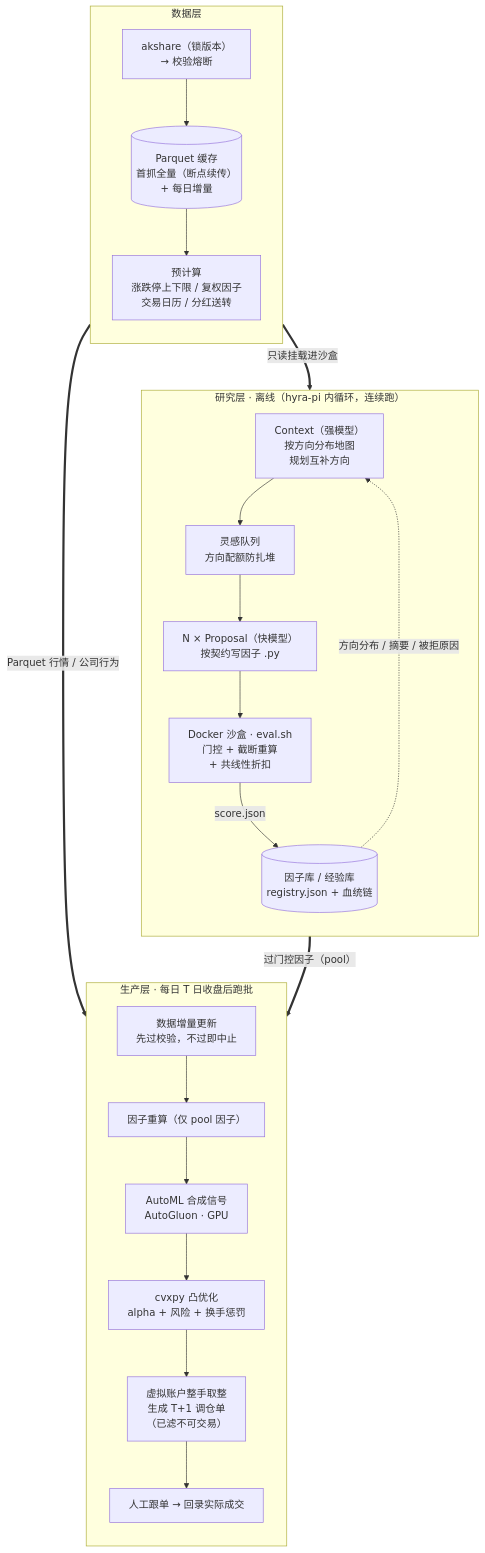
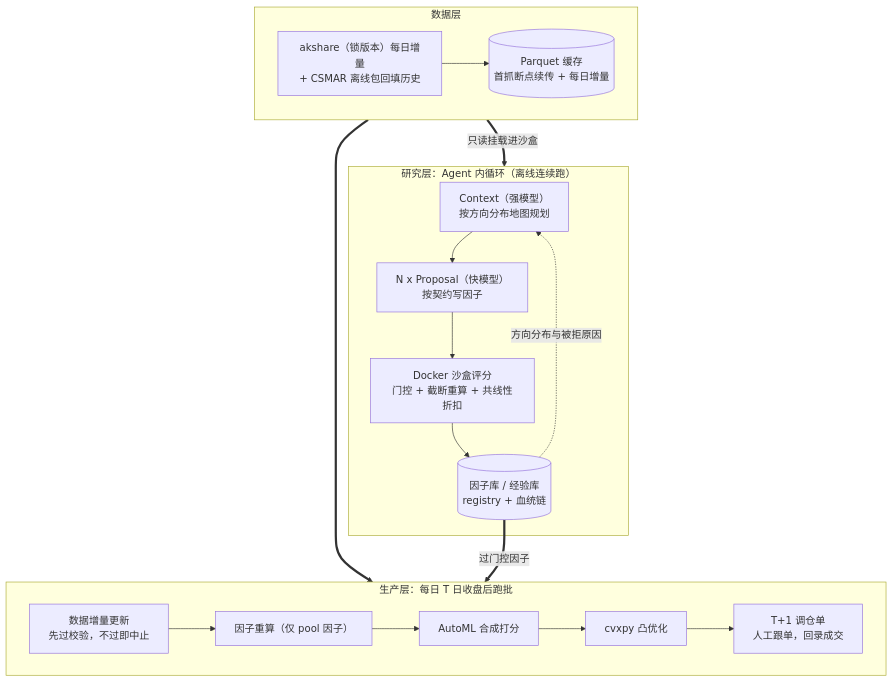
The diagram in README.md (001eander/ASTER), drawn with Mermaid before and after one commit. The commit also changed other lines of this file, not shown here.

````diff
--- a/README.md
+++ b/README.md
@@ -51,37 +22,21 @@
 ```mermaid
 flowchart TB
     subgraph data["数据层"]
-        direction TB
-        ak["akshare（锁版本）<br>→ 校验熔断"]
-        pq[("Parquet 缓存<br>首抓全量（断点续传）<br>+ 每日增量")]
-        pre["预计算<br>涨跌停上下限 / 复权因子<br>交易日历 / 分红送转"]
-        ak --> pq --> pre
+        ak["akshare（锁版本）每日增量<br>+ CSMAR 离线包回填历史"] --> pq[("Parquet 缓存<br>首抓断点续传 + 每日增量")]
     end
 
-    subgraph research["研究层 · 离线（hyra-pi 内循环，连续跑）"]
-        direction TB
-        ctx["Context（强模型）<br>按方向分布地图<br>规划互补方向"]
-        queue["灵感队列<br>方向配额防扎堆"]
-        prop["N × Proposal（快模型）<br>按契约写因子 .py"]
-        sandbox["Docker 沙盒 · eval.sh<br>门控 + 截断重算<br>+ 共线性折扣"]
-        lib[("因子库 / 经验库<br>registry.json + 血统链")]
-        ctx --> queue --> prop --> sandbox
-        sandbox -->|"score.json"| lib
-        lib -.->|"方向分布 / 摘要 / 被拒原因"| ctx
+    subgraph research["研究层：Agent 内循环（离线连续跑）"]
+        ctx["Context（强模型）<br>按方向分布地图规划"] --> prop["N x Proposal（快模型）<br>按契约写因子"]
+        prop --> sandbox["Docker 沙盒评分<br>门控 + 截断重算 + 共线性折扣"]
+        sandbox --> lib[("因子库 / 经验库<br>registry + 血统链")]
+        lib -.->|"方向分布与被拒原因"| ctx
     end
 
-    subgraph prod["生产层 · 每日 T 日收盘后跑批"]
-        direction TB
-        upd["数据增量更新<br>先过校验，不过即中止"]
-        fac["因子重算（仅 pool 因子）"]
-        ml["AutoML 合成信号<br>AutoGluon · GPU"]
-        opt["cvxpy 凸优化<br>alpha + 风险 + 换手惩罚"]
-        va["虚拟账户整手取整<br>生成 T+1 调仓单<br>（已滤不可交易）"]
-        human["人工跟单 → 回录实际成交"]
-        upd --> fac --> ml --> opt --> va --> human
+    subgraph prod["生产层：每日 T 日收盘后跑批"]
+        upd["数据增量更新<br>先过校验，不过即中止"] --> fac["因子重算（仅 pool 因子）"] --> ml["AutoML 合成打分"] --> opt["cvxpy 凸优化"] --> orders["T+1 调仓单<br>人工跟单，回录成交"]
     end
 
     data ==>|"只读挂载进沙盒"| research
-    data ==>|"Parquet 行情 / 公司行为"| upd
-    lib ==>|"过门控因子（pool）"| fac
+    data ==> prod
+    lib ==>|"过门控因子"| prod
 ```
````
